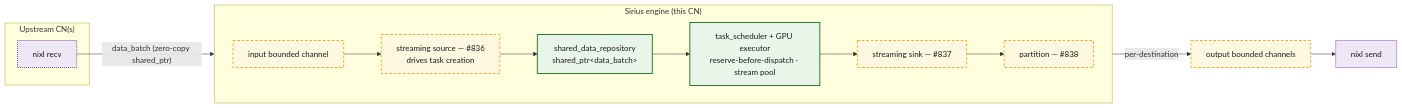
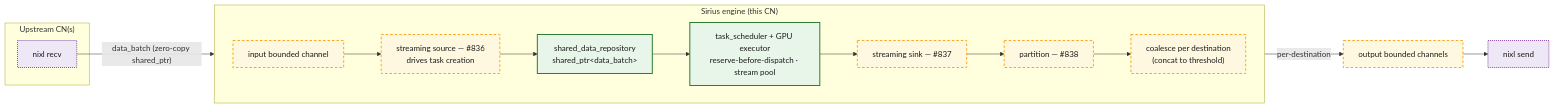
Before and after one commit to sirius-db/sirius: the sixth of 11 diagrams in experimental/starrocks/docs/exchange-design.md, drawn with Mermaid. The commit also changed other lines of this file, not shown here.

First line of the commit message:
docs(starrocks): coalesce after partition, nixl reservation tiers, retry

````diff
--- a/experimental/starrocks/docs/exchange-design.md
+++ b/experimental/starrocks/docs/exchange-design.md
@@ -222,21 +225,22 @@
 ```mermaid
 flowchart LR
   subgraph remote["Upstream CN(s)"]
     nixlIn["nixl recv"]:::priorart
   end
   nixlIn -->|"data_batch (zero-copy shared_ptr)"| inCh["input bounded channel"]:::proposed
   subgraph sirius["Sirius engine (this CN)"]
     direction LR
     src["streaming source — #836<br/>drives task creation"]:::proposed
     repo["shared_data_repository<br/>shared_ptr&lt;data_batch&gt;"]:::exists
     sched["task_scheduler + GPU executor<br/>reserve-before-dispatch · stream pool"]:::exists
     sink["streaming sink — #837"]:::proposed
     part["partition — #838"]:::proposed
-    inCh --> src --> repo --> sched --> sink --> part
+    coal["coalesce per destination<br/>(concat to threshold)"]:::proposed
+    inCh --> src --> repo --> sched --> sink --> part --> coal
   end
-  part -->|"per-destination"| outCh["output bounded channels"]:::proposed
+  coal -->|"per-destination"| outCh["output bounded channels"]:::proposed
   outCh --> nixlOut["nixl send"]:::priorart
   classDef exists fill:#e8f5e9,stroke:#2e7d32,stroke-width:2px,color:#1a1a1a;
   classDef proposed fill:#fff8e1,stroke:#f9a825,stroke-width:2px,stroke-dasharray:5 4,color:#1a1a1a;
   classDef priorart fill:#ede7f6,stroke:#6a1b9a,stroke-width:1.5px,stroke-dasharray:2 2,color:#1a1a1a;
 ```
````
